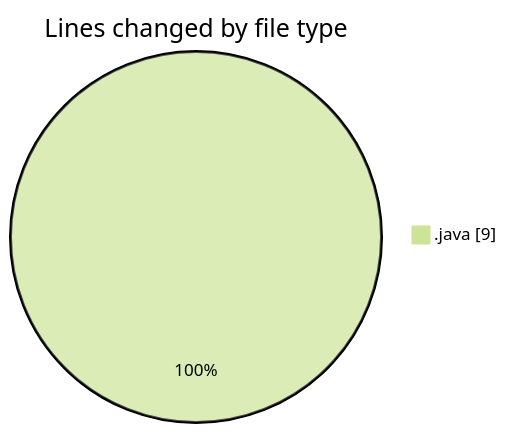
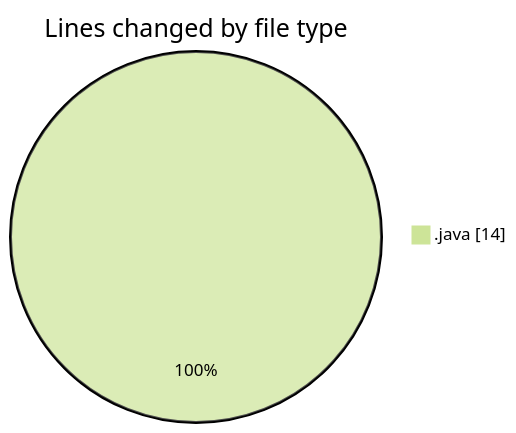
Before and after one commit to NitaiMahat/code-tracking: the first of 2 diagrams in 2025-02-05/computer_202/README.md, drawn with Mermaid (forest theme). The commit also changed other lines of this file and 1 other file, not shown here.

````diff
--- a/2025-02-05/computer_202/README.md
+++ b/2025-02-05/computer_202/README.md
@@ -21,5 +22,5 @@
 ```mermaid
 pie showData
 title Lines changed by file type
-".java" : 9
+".java" : 14
 ```
````
